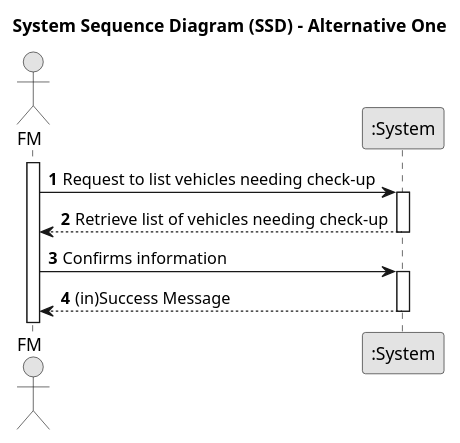
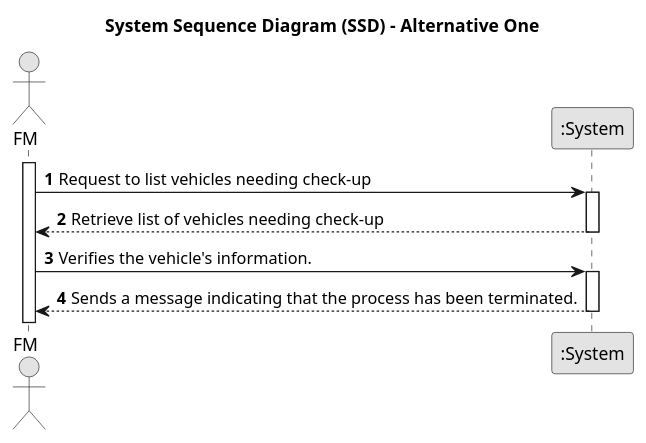
One commit to Departamento-de-Engenharia-Informatica/lei-24-s2-1df-1de-g063 changed the diagram in docs/sprintA/us008/01.requirements-engineering/puml/us008-system-sequence-diagram-alternative-one.puml. Above: the diagram before and after it, drawn with PlantUML. The commit also changed 10 other files, not shown here.

```diff
--- a/docs/sprintA/us008/01.requirements-engineering/puml/us008-system-sequence-diagram-alternative-one.puml
+++ b/docs/sprintA/us008/01.requirements-engineering/puml/us008-system-sequence-diagram-alternative-one.puml
@@ -1,26 +1,26 @@
 @startuml
 skinparam monochrome true
 skinparam packageStyle rectangle
 skinparam shadowing false
 
 title System Sequence Diagram (SSD) - Alternative One
 
 autonumber
 
 actor "FM" as Employee
 participant ":System" as System
 
 activate Employee
 
-    Employee -> System :  Request to list vehicles needing check-up
+    Employee -> System : Request to list vehicles needing check-up
     activate System
 
         System --> Employee : Retrieve list of vehicles needing check-up
     deactivate System
 
-    Employee -> System :  Confirms information
+    Employee -> System : Verifies the vehicle's information.
     activate System
 
-        System --> Employee : (in)Success Message
+        System --> Employee : Sends a message indicating that the process has been terminated.
     deactivate System
 @enduml
```
